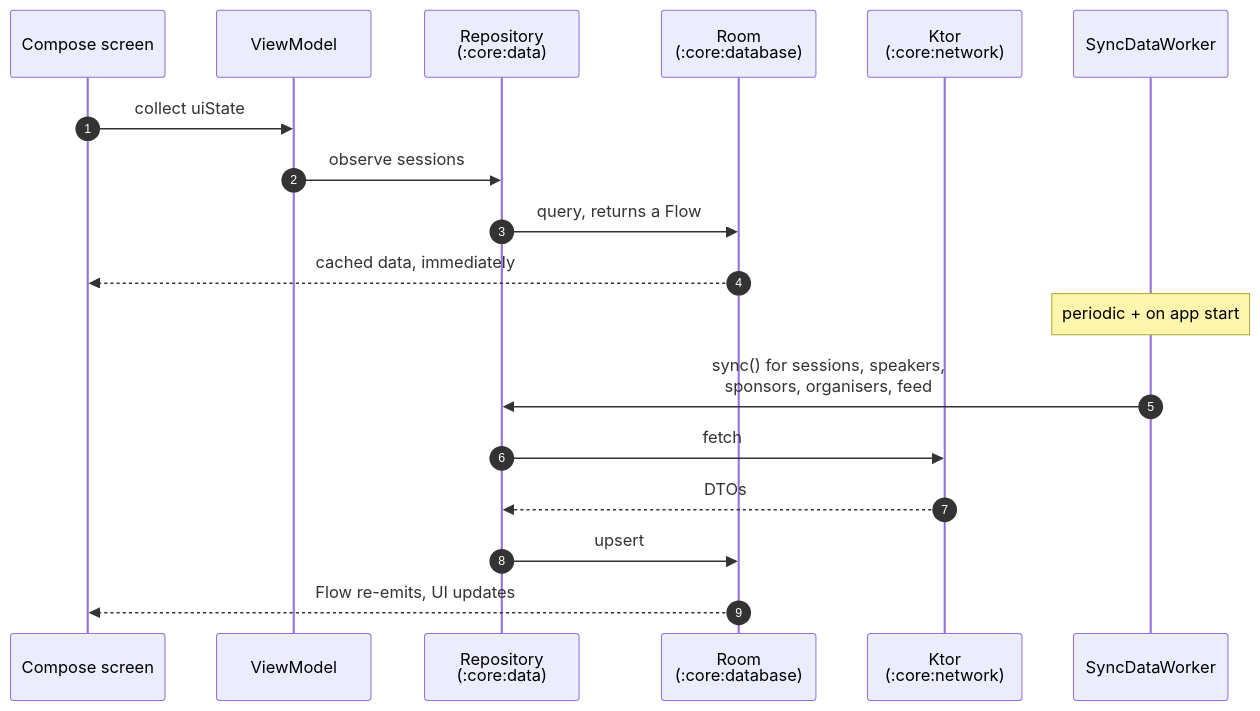
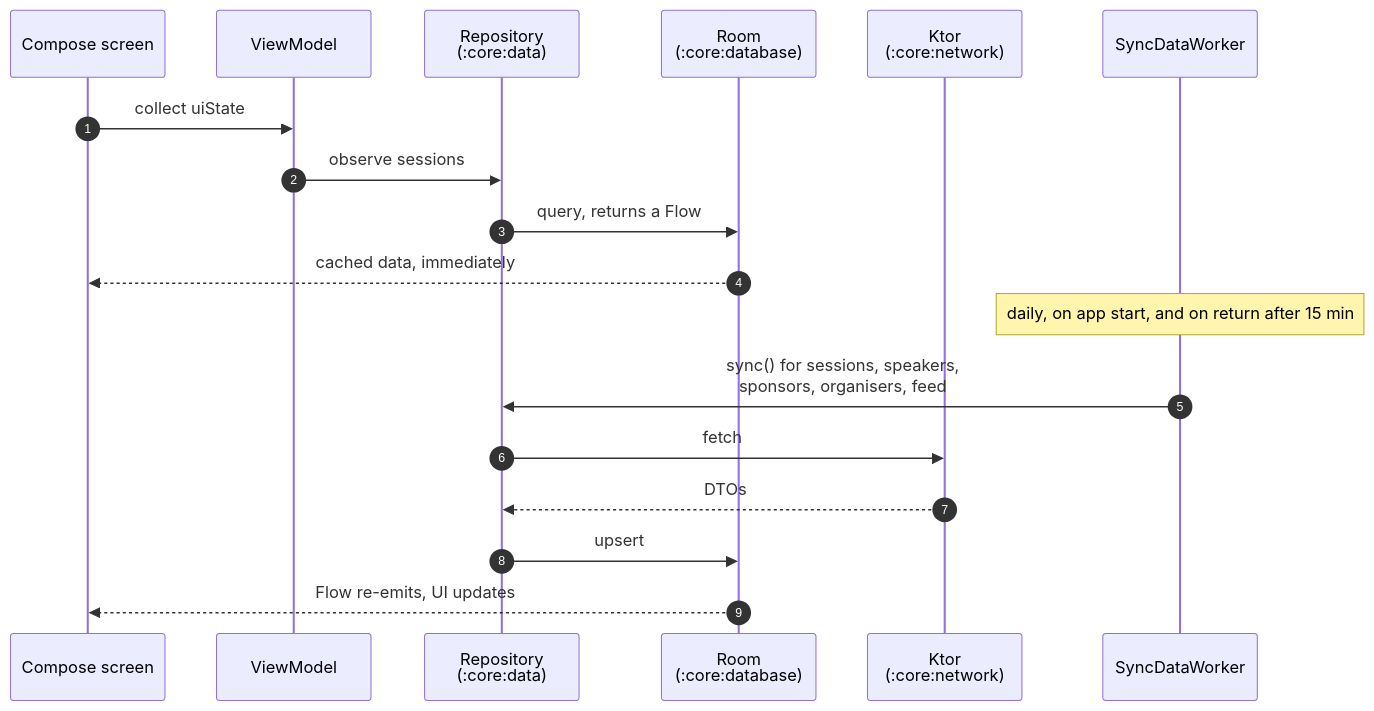
One commit to droidconKE/droidconKeKotlin changed the second of 2 diagrams in README.md. Above: the diagram before and after it, drawn with Mermaid. The commit also changed 19 other files, not shown here.

````diff
--- a/README.md
+++ b/README.md
@@ -163,22 +163,22 @@
 ```mermaid
 sequenceDiagram
     autonumber
     participant UI as Compose screen
     participant VM as ViewModel
     participant Repo as Repository<br/>(:core:data)
     participant Room as Room<br/>(:core:database)
     participant Ktor as Ktor<br/>(:core:network)
     participant Work as SyncDataWorker
 
     UI->>VM: collect uiState
     VM->>Repo: observe sessions
     Repo->>Room: query, returns a Flow
     Room-->>UI: cached data, immediately
 
-    Note over Work: periodic + on app start
+    Note over Work: daily, on app start, and on return after 15 min
     Work->>Repo: sync() for sessions, speakers,<br/>sponsors, organisers, feed
     Repo->>Ktor: fetch
     Ktor-->>Repo: DTOs
     Repo->>Room: upsert
     Room-->>UI: Flow re-emits, UI updates
 ```
````
